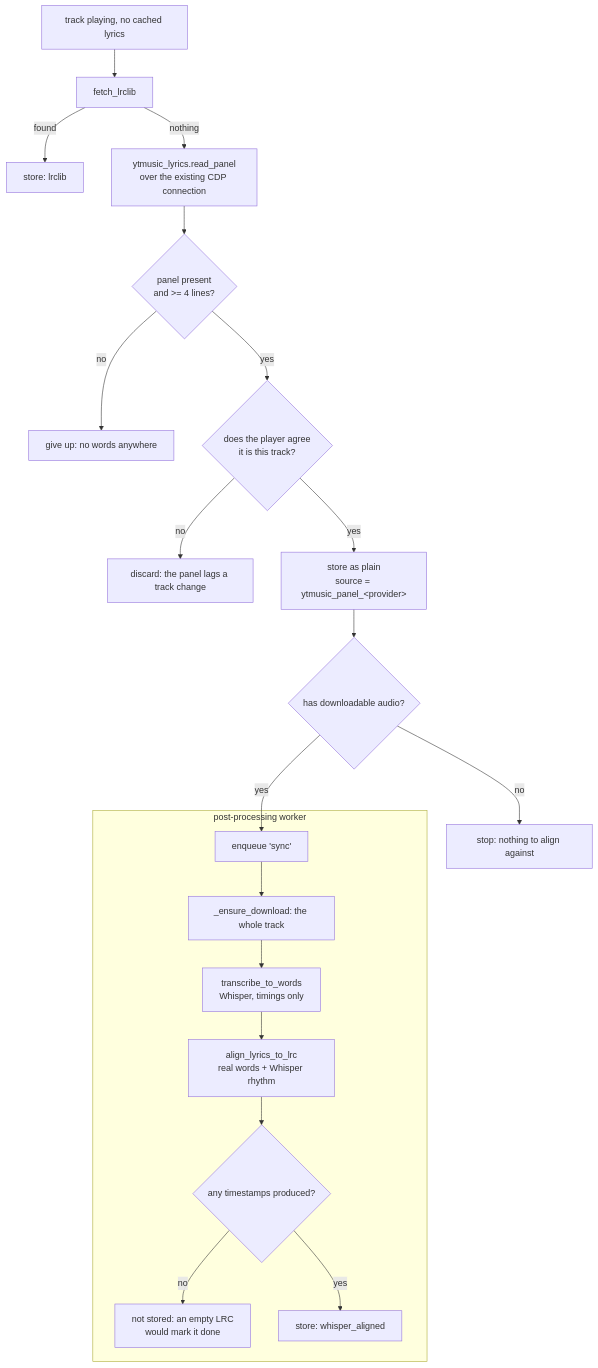
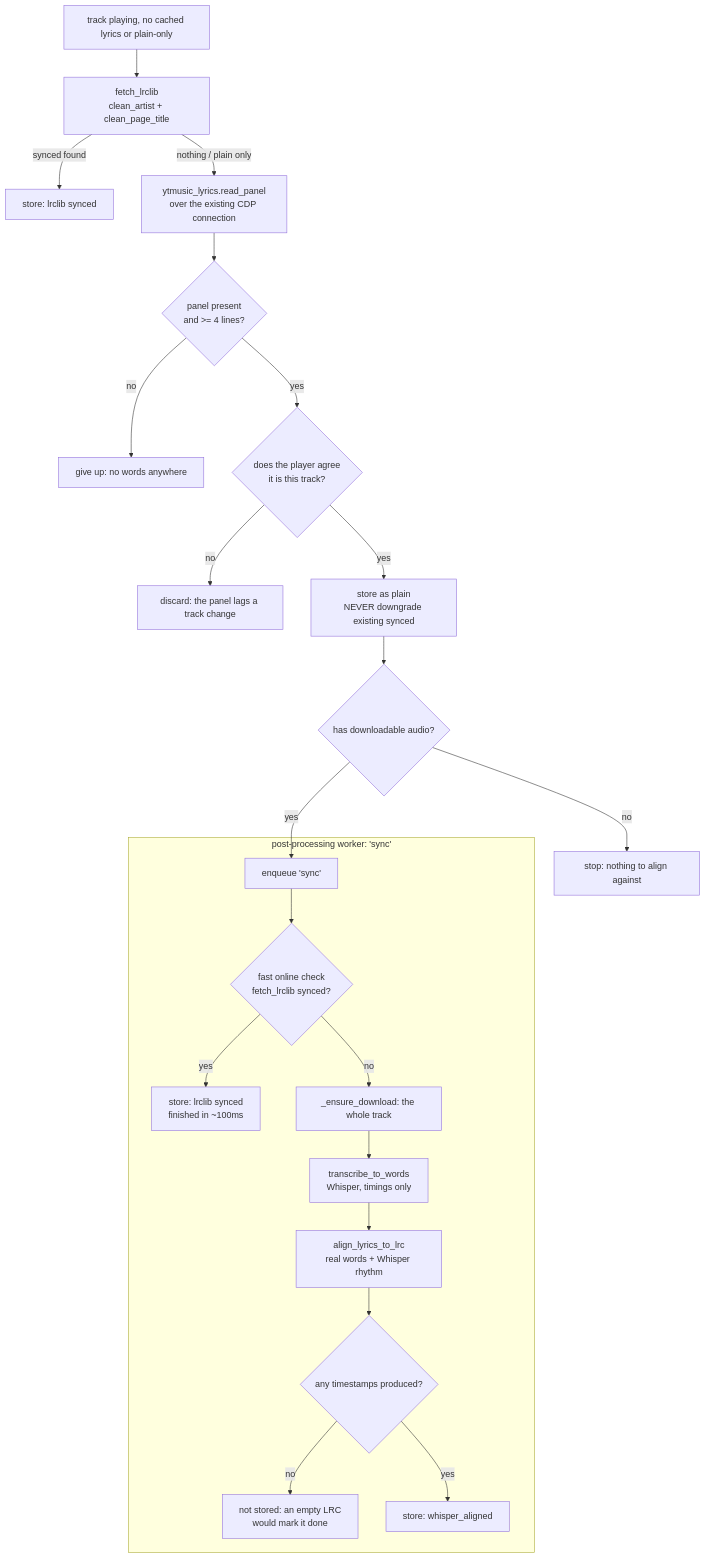
The seventh of 7 diagrams in docs/flows.md (violetina/karaoke), drawn with Mermaid before and after one commit. The commit also changed other lines of this file and 90 other files, not shown here.

````diff
--- a/docs/flows.md
+++ b/docs/flows.md
@@ -288,22 +288,24 @@
 ```mermaid
 flowchart TD
-    A[track playing, no cached lyrics] --> B[fetch_lrclib]
-    B -- found --> Z[store: lrclib]
-    B -- nothing --> C[ytmusic_lyrics.read_panel<br/>over the existing CDP connection]
+    A[track playing, no cached lyrics or plain-only] --> B[fetch_lrclib<br/>clean_artist + clean_page_title]
+    B -- synced found --> Z[store: lrclib synced]
+    B -- nothing / plain only --> C[ytmusic_lyrics.read_panel<br/>over the existing CDP connection]
     C --> C1{panel present<br/>and >= 4 lines?}
     C1 -- no --> E1[give up: no words anywhere]
     C1 -- yes --> D{does the player agree<br/>it is this track?}
     D -- no --> E2[discard: the panel lags a track change]
-    D -- yes --> F[store as plain<br/>source = ytmusic_panel_&lt;provider&gt;]
+    D -- yes --> F[store as plain<br/>NEVER downgrade existing synced]
     F --> G{has downloadable audio?}
     G -- no --> E3[stop: nothing to align against]
     G -- yes --> H[enqueue 'sync']
-    subgraph worker[post-processing worker]
-        H --> I[_ensure_download: the whole track]
+    subgraph worker[post-processing worker: 'sync']
+        H --> H1{fast online check<br/>fetch_lrclib synced?}
+        H1 -- yes --> H2[store: lrclib synced<br/>finished in ~100ms]
+        H1 -- no --> I[_ensure_download: the whole track]
         I --> J[transcribe_to_words<br/>Whisper, timings only]
         J --> K[align_lyrics_to_lrc<br/>real words + Whisper rhythm]
         K --> L{any timestamps produced?}
         L -- no --> E4[not stored: an empty LRC<br/>would mark it done]
         L -- yes --> M[store: whisper_aligned]
     end
 ```
````
